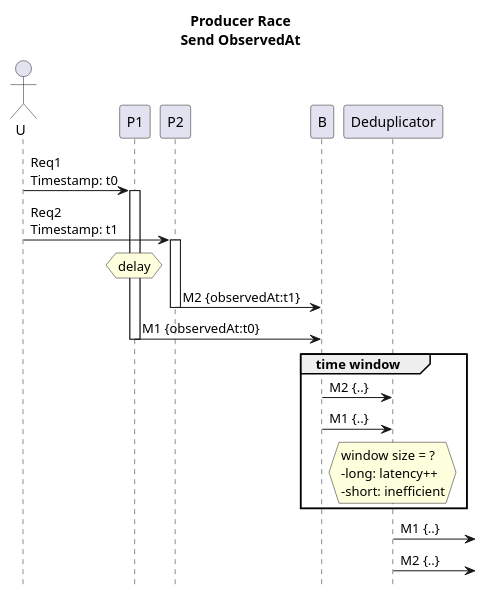
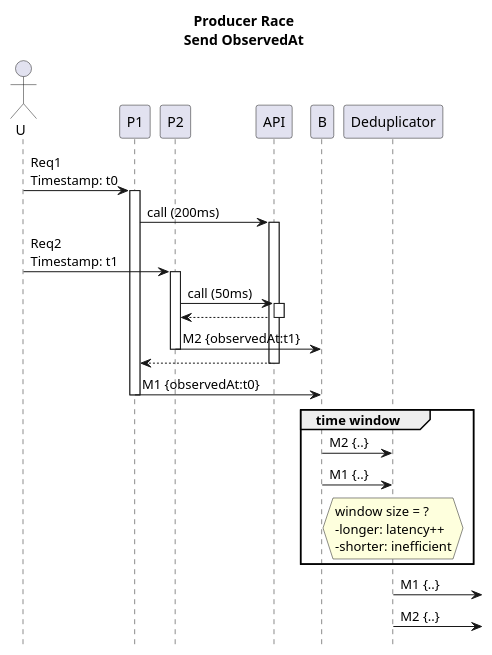
One commit to victorrentea/kafka changed the diagram in patterns/2b_out_of_order_p___observed_at.puml. Above: the diagram before and after it, drawn with PlantUML. The commit also changed 5 other files, not shown here.

```diff
--- a/patterns/2b_out_of_order_p___observed_at.puml
+++ b/patterns/2b_out_of_order_p___observed_at.puml
@@ -1,23 +1,26 @@
 @startuml
 title Producer Race\nSend ObservedAt
 hide footbox
 actor U
+participant P1
+participant P2
 
 U->P1: Req1\nTimestamp: t0
 activate P1
+P1->API++:call (200ms)
 U->P2: Req2\nTimestamp: t1
 activate P2
-hnote over P1: delay
-P2->B: M2 {observedAt:t1}
-deactivate P2
-P1->B: M1 {observedAt:t0}
-deactivate P1
+P2->API++:call (50ms)
+P2<--API--
+B<-P2--: M2 {observedAt:t1}
+P1<--API--
+B<-P1--: M1 {observedAt:t0}
 
 group time window
     B->Deduplicator: M2 {..}
     B->Deduplicator: M1 {..}
-    hnote over Deduplicator: window size = ?\n-long: latency++\n-short: inefficient
+    hnote over Deduplicator: window size = ?\n-longer: latency++\n-shorter: inefficient
 end
 Deduplicator->:M1 {..}
 Deduplicator->:M2 {..}
 @enduml
```
